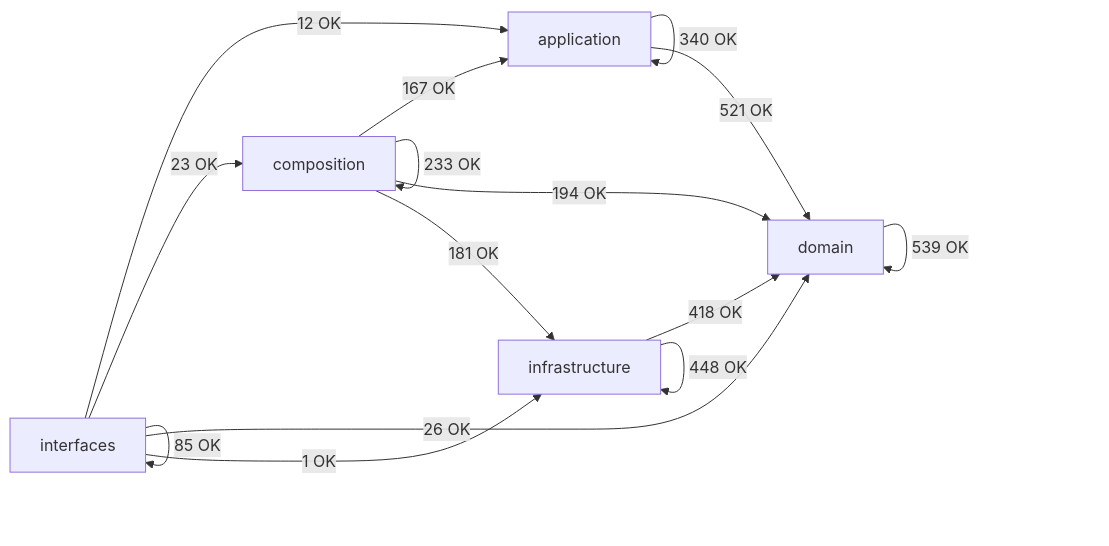
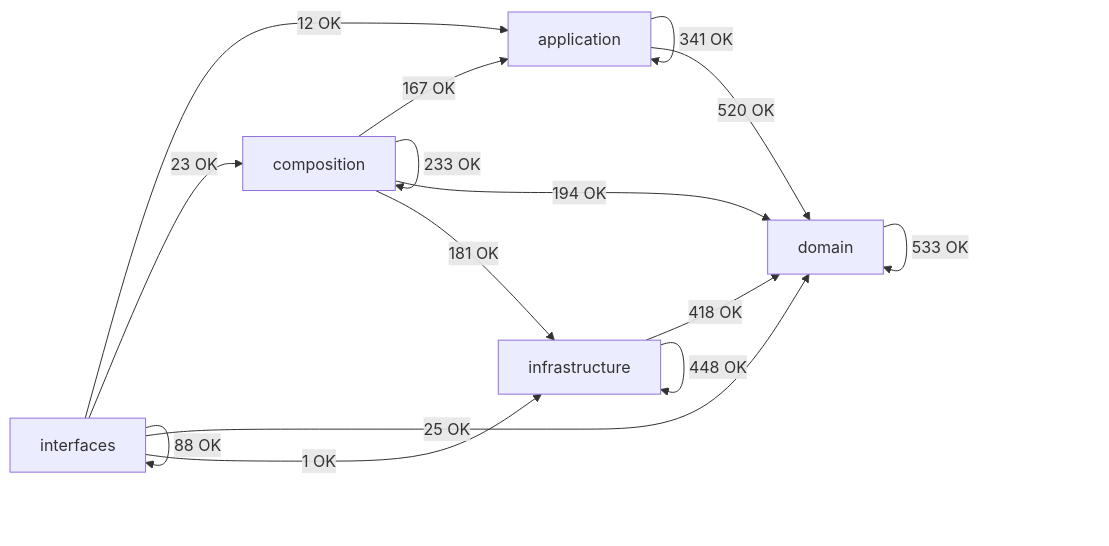
One commit to SatoryKono/BioactivityDataAcquisition changed the diagram in docs/02-architecture/generated/module-dependency-map.md. Above: the diagram before and after it, drawn with Mermaid. The commit also changed other lines of this file and 17 other files, not shown here.

````diff
--- a/docs/02-architecture/generated/module-dependency-map.md
+++ b/docs/02-architecture/generated/module-dependency-map.md
@@ -15,22 +15,22 @@
 ```mermaid
 flowchart LR
     domain[domain]
     application[application]
     infrastructure[infrastructure]
     composition[composition]
     interfaces[interfaces]
-    application -->|340 OK| application
-    application -->|521 OK| domain
+    application -->|341 OK| application
+    application -->|520 OK| domain
     composition -->|167 OK| application
     composition -->|233 OK| composition
     composition -->|194 OK| domain
     composition -->|181 OK| infrastructure
-    domain -->|539 OK| domain
+    domain -->|533 OK| domain
     infrastructure -->|418 OK| domain
     infrastructure -->|448 OK| infrastructure
     interfaces -->|12 OK| application
     interfaces -->|23 OK| composition
-    interfaces -->|26 OK| domain
+    interfaces -->|25 OK| domain
     interfaces -->|1 OK| infrastructure
-    interfaces -->|85 OK| interfaces
+    interfaces -->|88 OK| interfaces
 ```
````
